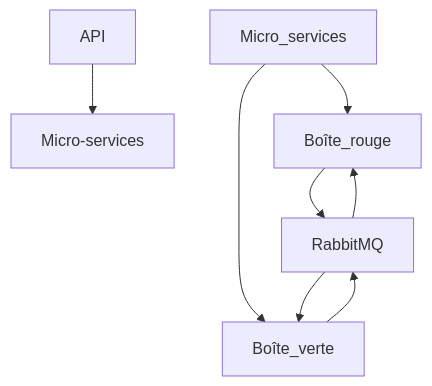
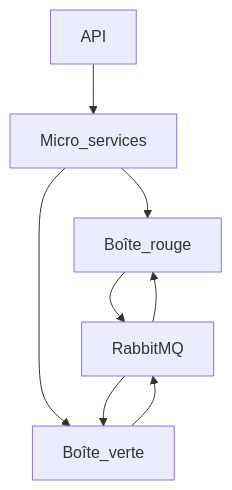
Before and after one commit to palimagus/devops_tp_ynov: the diagram in tp1.md, drawn with Mermaid.

````diff
--- a/tp1.md
+++ b/tp1.md
@@ -11,10 +11,10 @@
 ```mermaid
 graph TD;
-    API-->Micro-services;
+    API-->Micro_services;
     Micro_services-->Boîte_rouge;
     Micro_services-->Boîte_verte;
     Boîte_rouge-->RabbitMQ;
     Boîte_verte-->RabbitMQ;
     RabbitMQ-->Boîte_rouge;
     RabbitMQ-->Boîte_verte;
 ```
````
